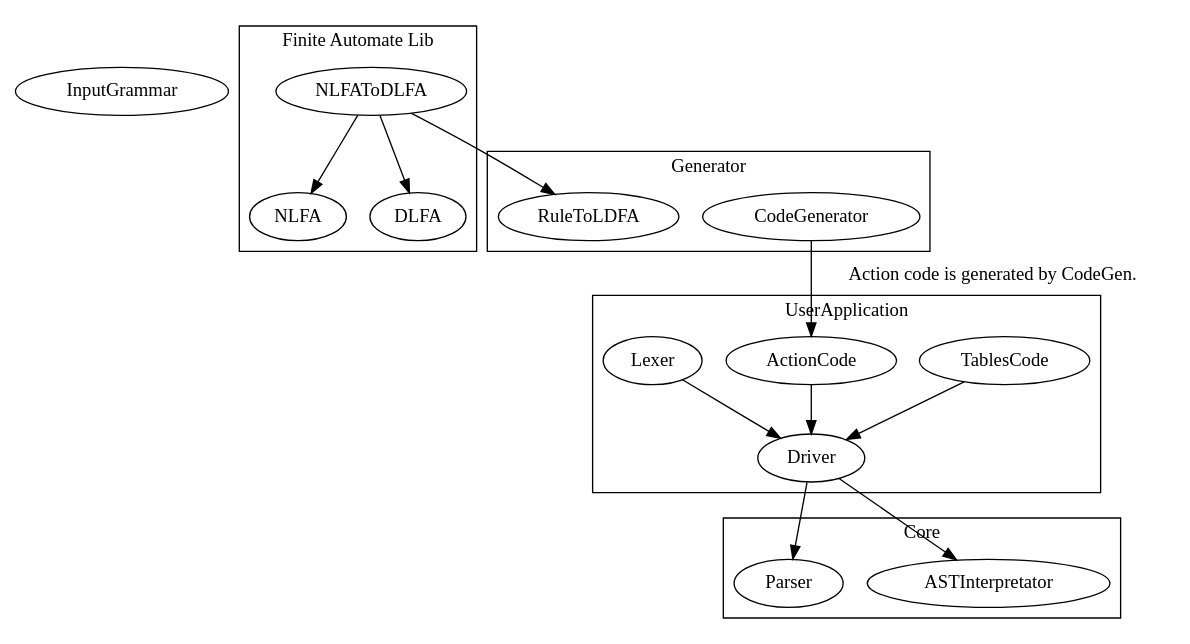
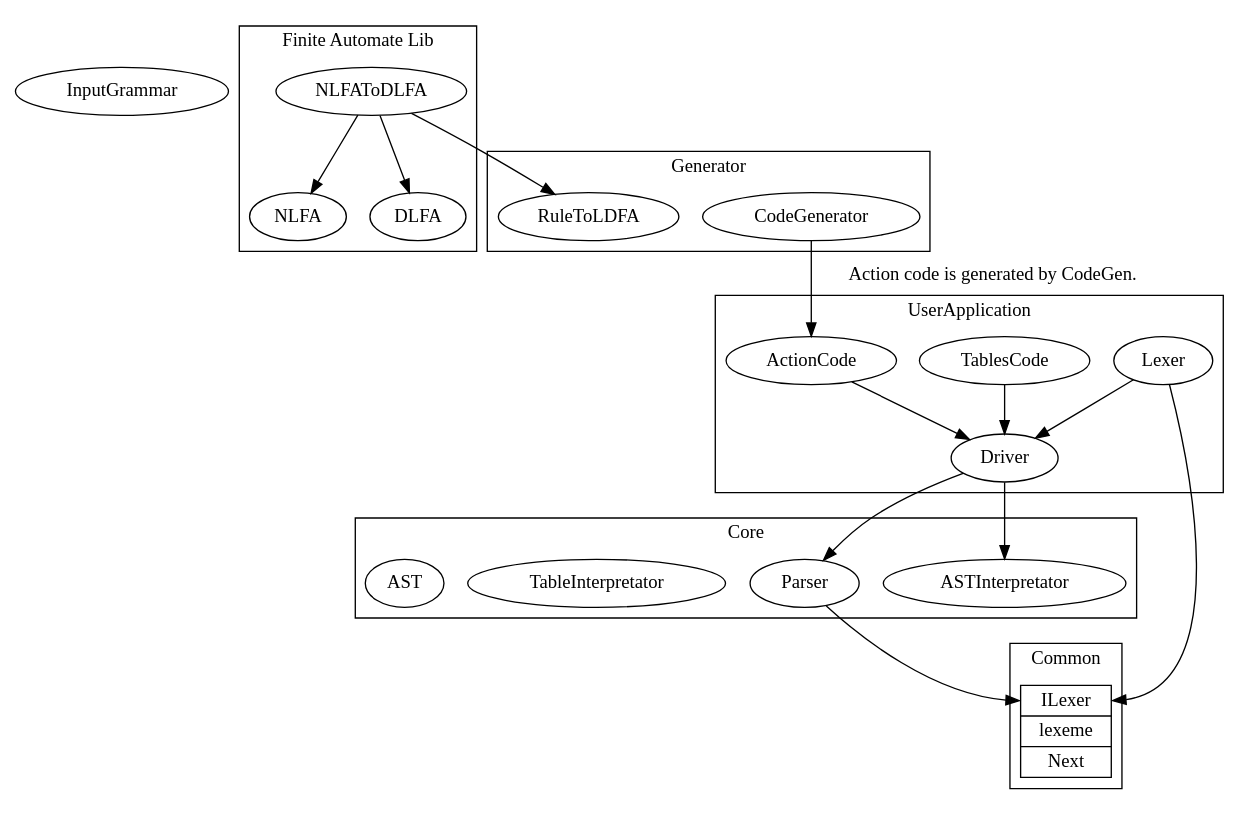
Before and after one commit to YaccConstructor/YaccConstructor: the diagram in Docs/ProjectDocumentation/RACCStructure/structure.dot, drawn with Graphviz.

Commit message:
Structure draft

```diff
--- a/Docs/ProjectDocumentation/RACCStructure/structure.dot
+++ b/Docs/ProjectDocumentation/RACCStructure/structure.dot
@@ -1,53 +1,59 @@
 digraph RACCStructure
 {        
         InputGrammar;
 
         subgraph cluster_UserApplication
         {
                 label="UserApplication";
                 TablesCode;
                 ActionCode;
                 Driver;
                 Lexer;
                 TablesCode -> Driver;                      
                 ActionCode -> Driver;
                 Lexer -> Driver;
         }
 
+        Lexer -> ILexer:title;
         Driver -> Parser;
         Driver -> ASTInterpretator;
         
         subgraph cluster_Generator
         {
                 label="Generator";
                 CodeGenerator;                                
                 RuleToLDFA;
         }
 
         NLFAToDLFA -> RuleToLDFA;        
         CodeGenerator -> ActionCode [label="Action code is generated by CodeGen."];
 
         subgraph cluster_Core
         {
                 label="Core";
                 Parser;
-                ASTInterpretator;                
+                ASTInterpretator; 
+                TableInterpretator;
+                AST;               
         }
 
+        Parser -> ILexer:title;
+        
         subgraph cluster_Common
         {
-                label="Common";
-                
+                label="Common";                
+                ILexer [  shape = record
+                        , label = "{<title> ILexer | <lexeme> lexeme | <next> Next}"];
         }
         
         subgraph cluster_FALib
         {
                 label="Finite Automate Lib";
                 NLFA;
                 DLFA;
                 NLFAToDLFA;
                 NLFAToDLFA -> NLFA;
                 NLFAToDLFA -> DLFA;
         }
 
 }
```
